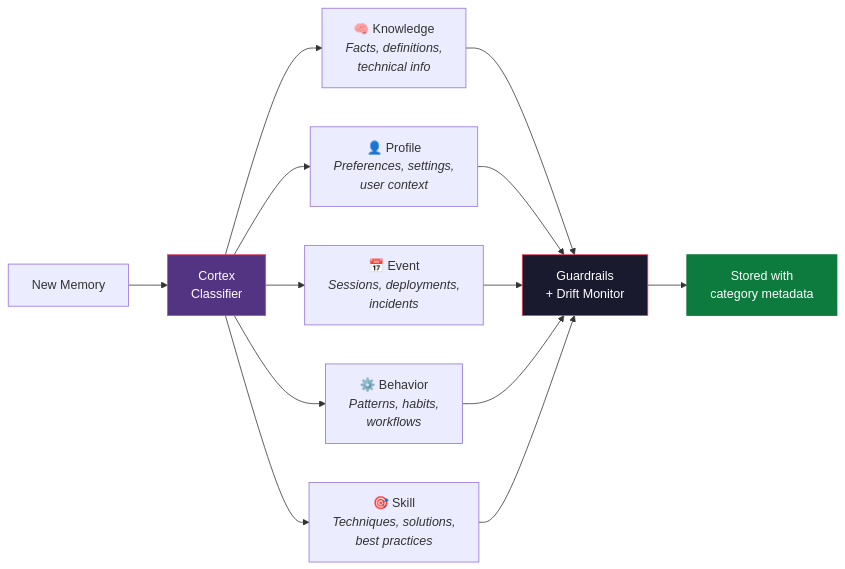
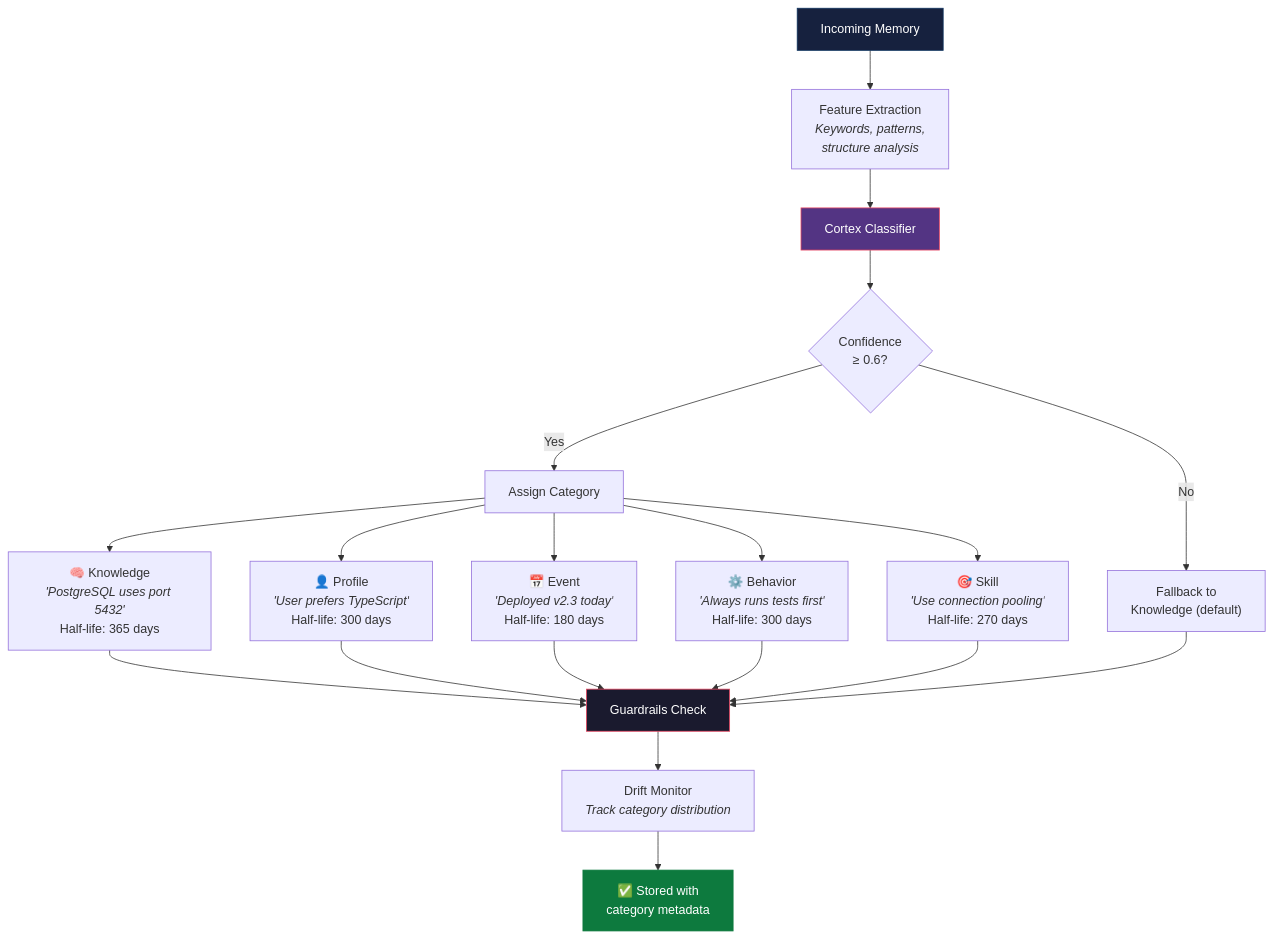
The fourth of 10 diagrams in README.md (TC407-api/titan-memory), drawn with Mermaid before and after one commit. The commit also changed other lines of this file and 30 other files, not shown here.

````diff
--- a/README.md
+++ b/README.md
@@ -194,22 +225,32 @@
 ```mermaid
-graph LR
-    M["New Memory"] --> CL["Cortex<br/>Classifier"]
+graph TD
+    M["Incoming Memory"] --> A["Feature Extraction<br/><i>Keywords, patterns,<br/>structure analysis</i>"]
 
-    CL --> K["🧠 Knowledge<br/><i>Facts, definitions,<br/>technical info</i>"]
-    CL --> P["👤 Profile<br/><i>Preferences, settings,<br/>user context</i>"]
-    CL --> EV["📅 Event<br/><i>Sessions, deployments,<br/>incidents</i>"]
-    CL --> B["⚙️ Behavior<br/><i>Patterns, habits,<br/>workflows</i>"]
-    CL --> SK["🎯 Skill<br/><i>Techniques, solutions,<br/>best practices</i>"]
+    A --> CL["Cortex Classifier"]
 
-    K --> G["Guardrails<br/>+ Drift Monitor"]
-    P --> G
-    EV --> G
-    B --> G
-    SK --> G
+    CL --> CONF{"Confidence<br/>≥ 0.6?"}
 
-    G --> S["Stored with<br/>category metadata"]
+    CONF -->|"Yes"| CAT["Assign Category"]
+    CONF -->|"No"| FALL["Fallback to<br/>Knowledge (default)"]
+
+    CAT --> K["🧠 Knowledge<br/><i>'PostgreSQL uses port 5432'</i><br/>Half-life: 365 days"]
+    CAT --> P["👤 Profile<br/><i>'User prefers TypeScript'</i><br/>Half-life: 300 days"]
+    CAT --> E["📅 Event<br/><i>'Deployed v2.3 today'</i><br/>Half-life: 180 days"]
+    CAT --> B["⚙️ Behavior<br/><i>'Always runs tests first'</i><br/>Half-life: 300 days"]
+    CAT --> S["🎯 Skill<br/><i>'Use connection pooling'</i><br/>Half-life: 270 days"]
+
+    K --> GR["Guardrails Check"]
+    P --> GR
+    E --> GR
+    B --> GR
+    S --> GR
+    FALL --> GR
+
+    GR --> DM["Drift Monitor<br/><i>Track category distribution</i>"]
+    DM --> STORE["✅ Stored with<br/>category metadata"]
 
     style CL fill:#533483,stroke:#e94560,color:#fff
-    style G fill:#1a1a2e,stroke:#e94560,color:#fff
-    style S fill:#0d7a3e,stroke:#0d7a3e,color:#fff
+    style GR fill:#1a1a2e,stroke:#e94560,color:#fff
+    style STORE fill:#0d7a3e,stroke:#0d7a3e,color:#fff
+    style M fill:#16213e,stroke:#0f3460,color:#fff
 ```
````
